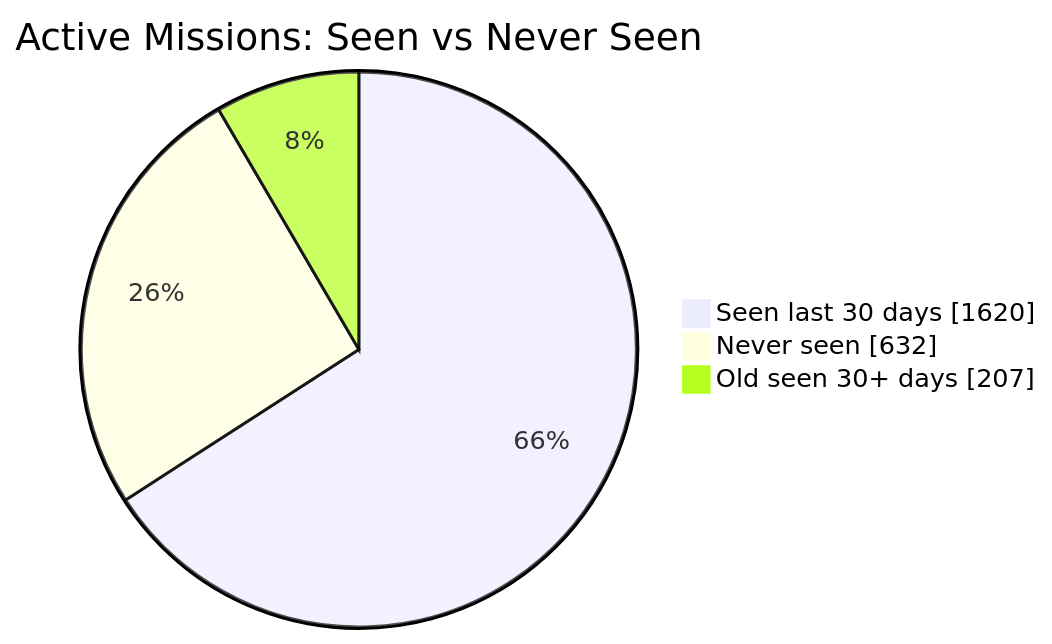
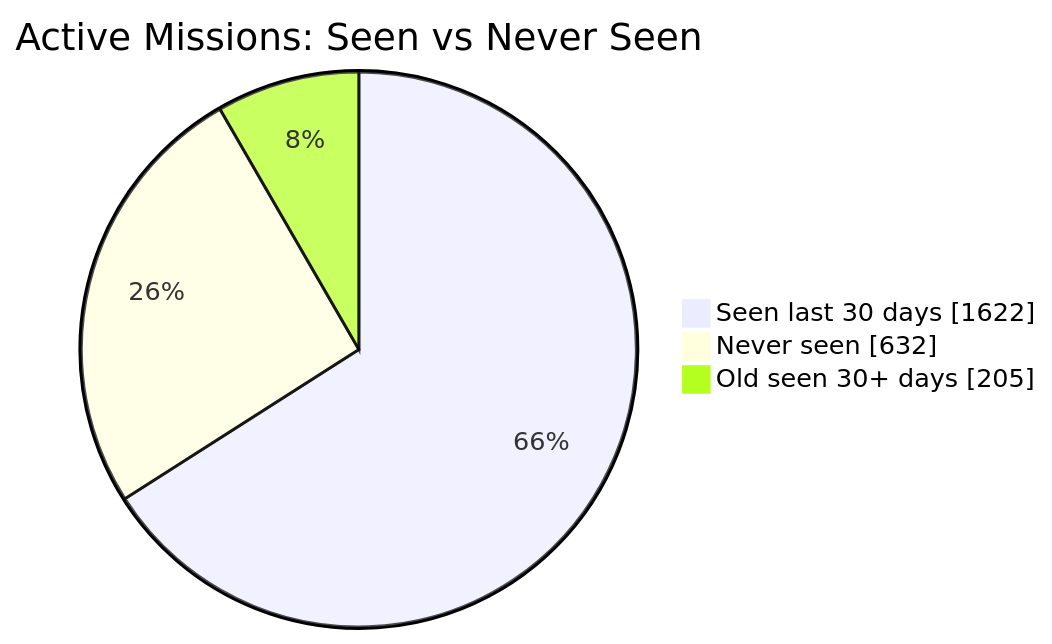
One commit to MeldkamerspelGameTeam/active-missions changed the first of 2 diagrams in README.md. Above: the diagram before and after it, drawn with Mermaid. The commit also changed other lines of this file and 2 other files, not shown here.

````diff
--- a/README.md
+++ b/README.md
@@ -34,7 +34,7 @@
 ```mermaid
 pie showData
     title Active Missions: Seen vs Never Seen
-    "Seen last 30 days" : 1620
+    "Seen last 30 days" : 1622
     "Never seen" : 632
-    "Old seen 30+ days" : 207
+    "Old seen 30+ days" : 205
 ```
````
